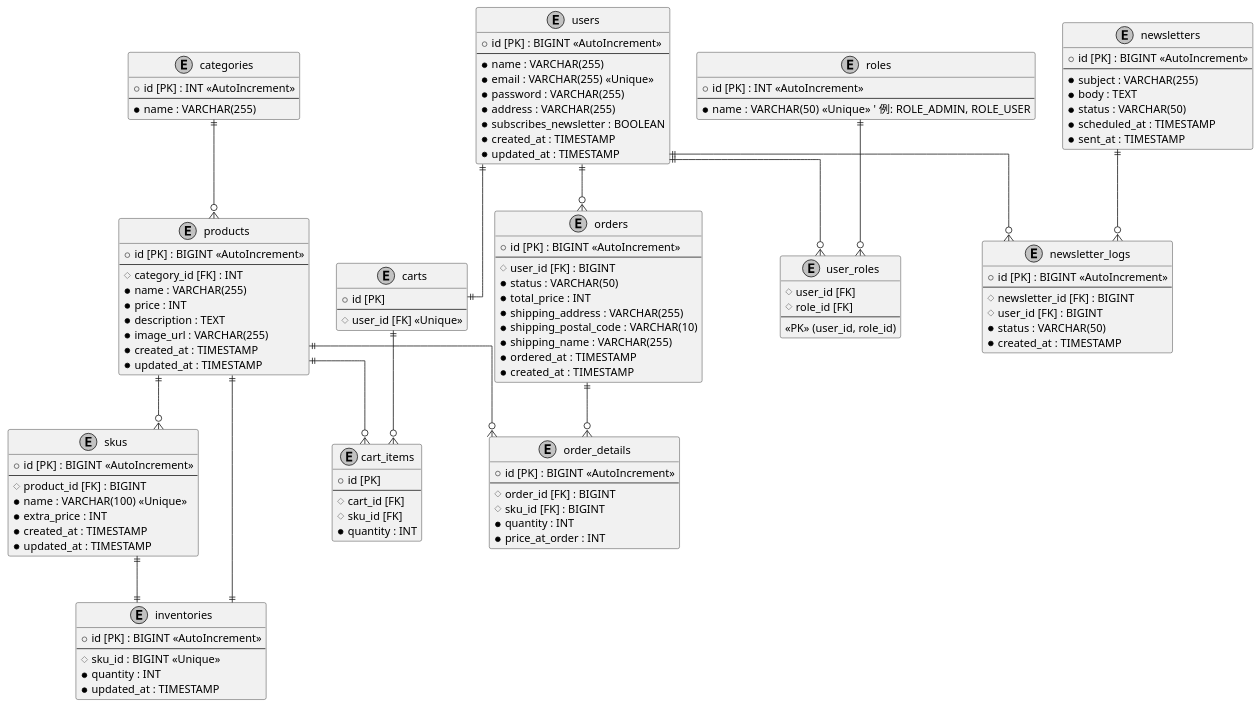
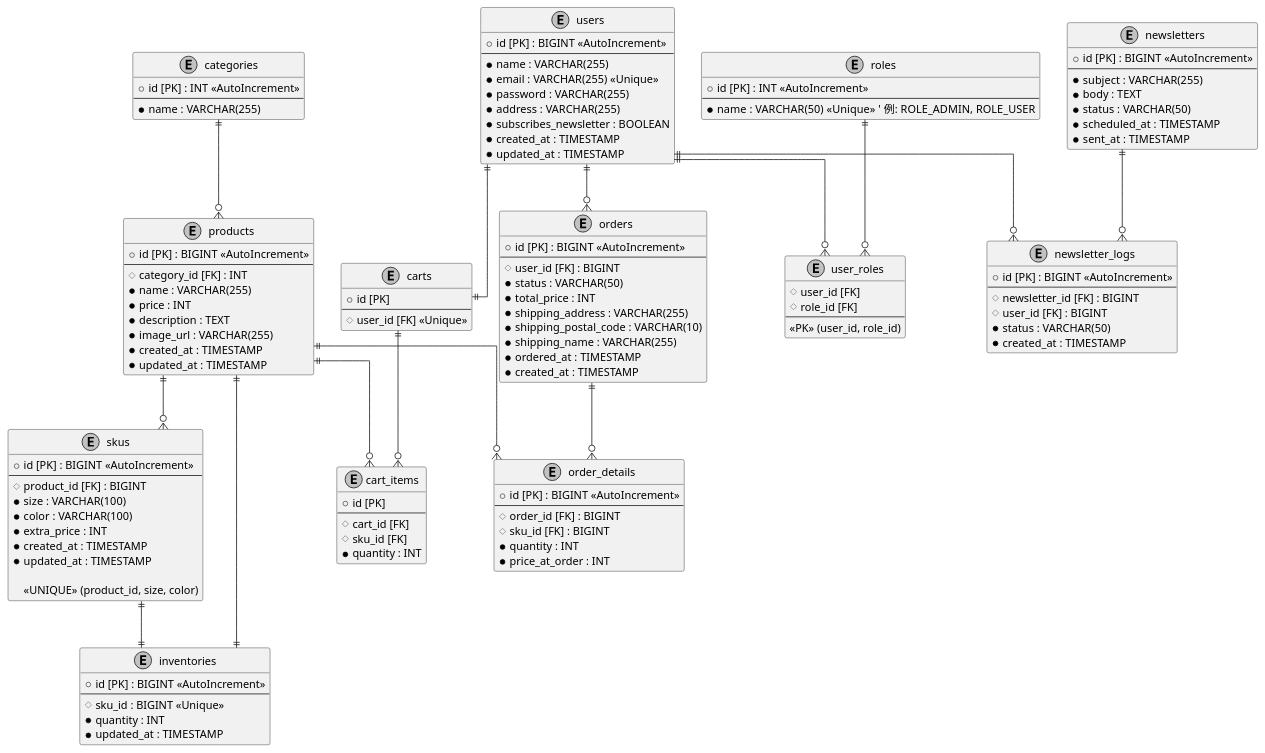
The diagram in docs/diagrams/er_diagram.puml (Atgsasakazh5/my-ec-site), drawn with PlantUML before and after one commit. The commit also changed 1 other file, not shown here.

Commit message:
ER図の修正

```diff
--- a/docs/diagrams/er_diagram.puml
+++ b/docs/diagrams/er_diagram.puml
@@ -1,178 +1,182 @@
 @startuml EC Site ERD
 
 ' 図の見た目を整える skinparam
 skinparam linetype ortho
 skinparam monochrome true
 hide empty members
 
 ' --- エンティティ（テーブル）の定義 ---
 
 ' ユーザーテーブル
 entity "users" {
     + id [PK] : BIGINT <<AutoIncrement>>
     --
     * name : VARCHAR(255)
     * email : VARCHAR(255) <<Unique>>
     * password : VARCHAR(255)
     * address : VARCHAR(255)
     * subscribes_newsletter : BOOLEAN
     * created_at : TIMESTAMP
     * updated_at : TIMESTAMP
 }
 
 ' 商品カテゴリテーブル
 entity "categories" {
     + id [PK] : INT <<AutoIncrement>>
     --
     * name : VARCHAR(255)
 }
 
 ' 商品テーブル
 entity "products" {
     + id [PK] : BIGINT <<AutoIncrement>>
     --
     # category_id [FK] : INT
     * name : VARCHAR(255)
     * price : INT
     * description : TEXT
     * image_url : VARCHAR(255)
     * created_at : TIMESTAMP
     * updated_at : TIMESTAMP
 }
 
 ' 注文テーブル
 entity "orders" {
     + id [PK] : BIGINT <<AutoIncrement>>
     --
     # user_id [FK] : BIGINT
     * status : VARCHAR(50)
     * total_price : INT
     ' --- 配送先情報 ---
     * shipping_address : VARCHAR(255)
     * shipping_postal_code : VARCHAR(10)
     * shipping_name : VARCHAR(255)
     ' ---
     * ordered_at : TIMESTAMP
     * created_at : TIMESTAMP
 }
 
 ' 注文明細テーブル（中間テーブル）
 entity "order_details" {
     + id [PK] : BIGINT <<AutoIncrement>>
     --
     # order_id [FK] : BIGINT
     # sku_id [FK] : BIGINT
     * quantity : INT
     * price_at_order : INT
 }
 
 ' SKUテーブル（商品に対するSKU情報）
 entity "skus" {
     + id [PK] : BIGINT <<AutoIncrement>>
     --
     # product_id [FK] : BIGINT
-    * name : VARCHAR(100) <<Unique>>
+    * size : VARCHAR(100)
+    * color : VARCHAR(100)
     * extra_price : INT
     * created_at : TIMESTAMP
     * updated_at : TIMESTAMP
+
+    ' 複合ユニーク制約
+  <<UNIQUE>> (product_id, size, color)
 }
 
 ' 在庫テーブル
 entity "inventories" {
     + id [PK] : BIGINT <<AutoIncrement>>
     --
     # sku_id : BIGINT <<Unique>>
     * quantity : INT
     * updated_at : TIMESTAMP
 }
 
 ' カートテーブル
 entity "carts" {
     + id [PK]
     --
     # user_id [FK] <<Unique>>
 }
 
 ' カート内商品テーブル
 entity "cart_items" {
     + id [PK]
     --
     # cart_id [FK]
     # sku_id [FK]
     * quantity : INT
 }
 
 ' ロールマスタテーブル
 entity "roles" {
     + id [PK] : INT <<AutoIncrement>>
     --
     * name : VARCHAR(50) <<Unique>>  ' 例: ROLE_ADMIN, ROLE_USER
 }
 
 ' ユーザーとロールの中間テーブル
 entity "user_roles" {
     # user_id [FK]
     # role_id [FK]
     --
     <<PK>> (user_id, role_id)
 }
 
 ' メールマガジン管理テーブル
 entity "newsletters" {
     + id [PK] : BIGINT <<AutoIncrement>>
     --
     * subject : VARCHAR(255)
     * body : TEXT
     * status : VARCHAR(50)
     * scheduled_at : TIMESTAMP
     * sent_at : TIMESTAMP
 }
 
 ' メールマガジン配信ログテーブル
 entity "newsletter_logs" {
     + id [PK] : BIGINT <<AutoIncrement>>
     --
     # newsletter_id [FK] : BIGINT
     # user_id [FK] : BIGINT
     * status : VARCHAR(50)
     * created_at : TIMESTAMP
 }
 
 
 ' --- リレーションシップの定義 ---
 
 ' ユーザーと注文 1対多
 users ||--o{orders
 
 ' カテゴリと商品 1対多
 categories ||--o{products
 
 ' 注文と注文明細 1対多
 orders ||--o{order_details
 
 ' 商品と注文明細 1対多
 products ||--o{order_details
 
 ' 商品と在庫は1対1
 products ||--|| inventories
 
 ' 商品とSKUは1対多
 products ||--o{skus
 
 ' SKUと在庫は1対1
 skus ||--|| inventories
 
 ' カート機能のリレーション
 users ||--|| carts
 carts ||--o{cart_items
 products ||--o{cart_items
 
 'ユーザーロールのリレーション
 users ||--o{user_roles
 roles ||--o{user_roles
 
 ' メールマガジンのリレーション
 newsletters ||--o{newsletter_logs
 users ||--o{newsletter_logs
 
 @enduml
```
